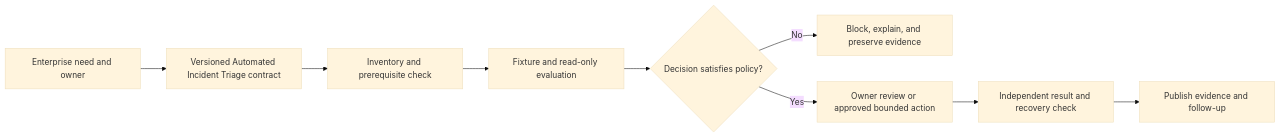
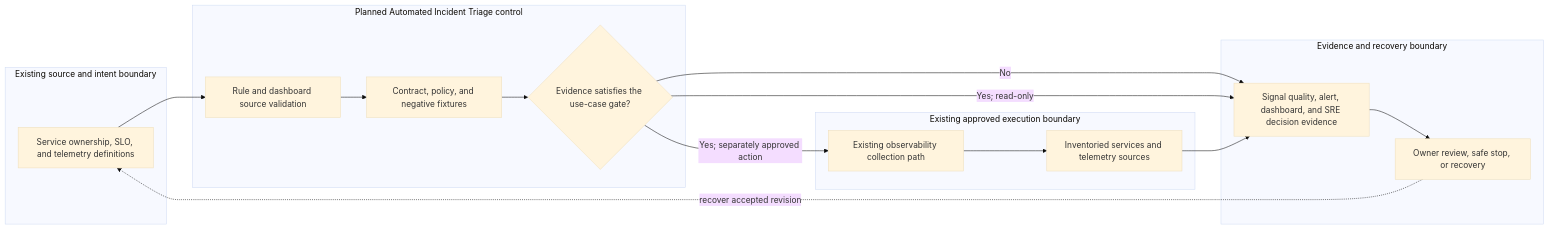
Before and after one commit to MIDHTECH/enterprise-architecture-docs: the diagram in docs/use-cases/observability/UC-OBS-015-automated-incident-triage.md, drawn with Mermaid (base theme). The commit also changed other lines of this file and 227 other files, not shown here.

Commit message:
Deepen architecture for all use case designs

````diff
--- a/docs/use-cases/observability/UC-OBS-015-automated-incident-triage.md
+++ b/docs/use-cases/observability/UC-OBS-015-automated-incident-triage.md
@@ -136,11 +129,25 @@
 ```mermaid
 flowchart LR
-    Need["Enterprise need and owner"] --> Contract["Versioned Automated Incident Triage contract"]
-    Contract --> Preflight["Inventory and prerequisite check"]
-    Preflight --> Evaluate["Fixture and read-only evaluation"]
-    Evaluate --> Decision{"Decision satisfies policy?"}
-    Decision -->|No| Stop["Block, explain, and preserve evidence"]
-    Decision -->|Yes| Review["Owner review or approved bounded action"]
-    Review --> Verify["Independent result and recovery check"]
-    Verify --> Publish["Publish evidence and follow-up"]
+    subgraph Source["Existing source and intent boundary"]
+        A["Service ownership, SLO, and telemetry definitions"]
+    end
+    subgraph Planned["Planned Automated Incident Triage control"]
+        B["Rule and dashboard source validation"]
+        C["Contract, policy, and negative fixtures"]
+        D{"Evidence satisfies the use-case gate?"}
+    end
+    subgraph Runtime["Existing approved execution boundary"]
+        E["Existing observability collection path"]
+        F["Inventoried services and telemetry sources"]
+    end
+    subgraph Assurance["Evidence and recovery boundary"]
+        G["Signal quality, alert, dashboard, and SRE decision evidence"]
+        H["Owner review, safe stop, or recovery"]
+    end
+
+    A --> B --> C --> D
+    D -->|No| G --> H
+    D -->|Yes; read-only| G
+    D -->|Yes; separately approved action| E --> F --> G
+    H -. recover accepted revision .-> A
 ```
````
